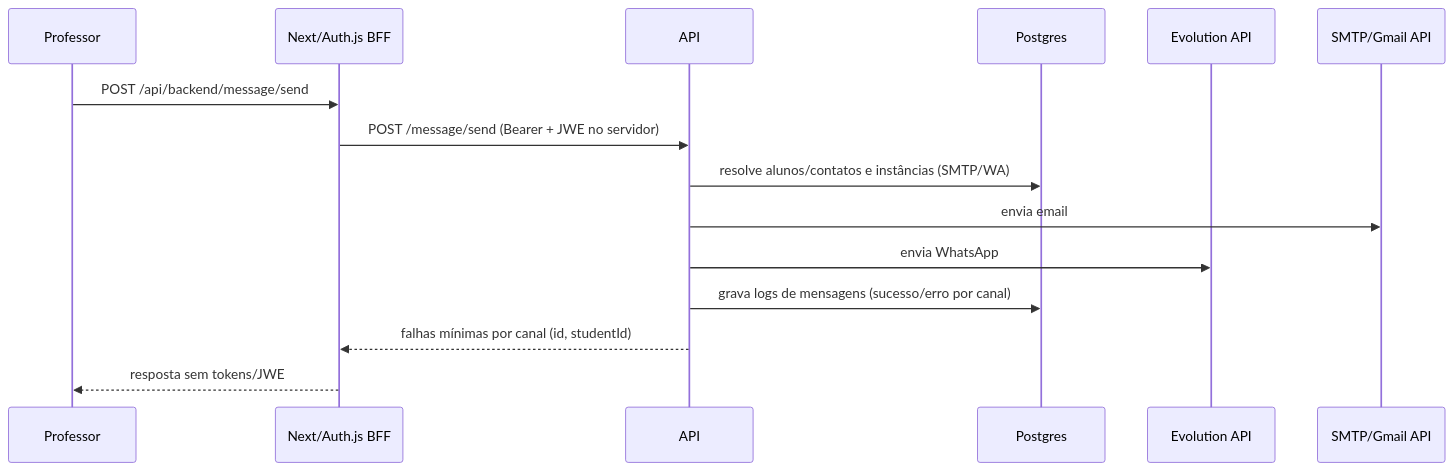
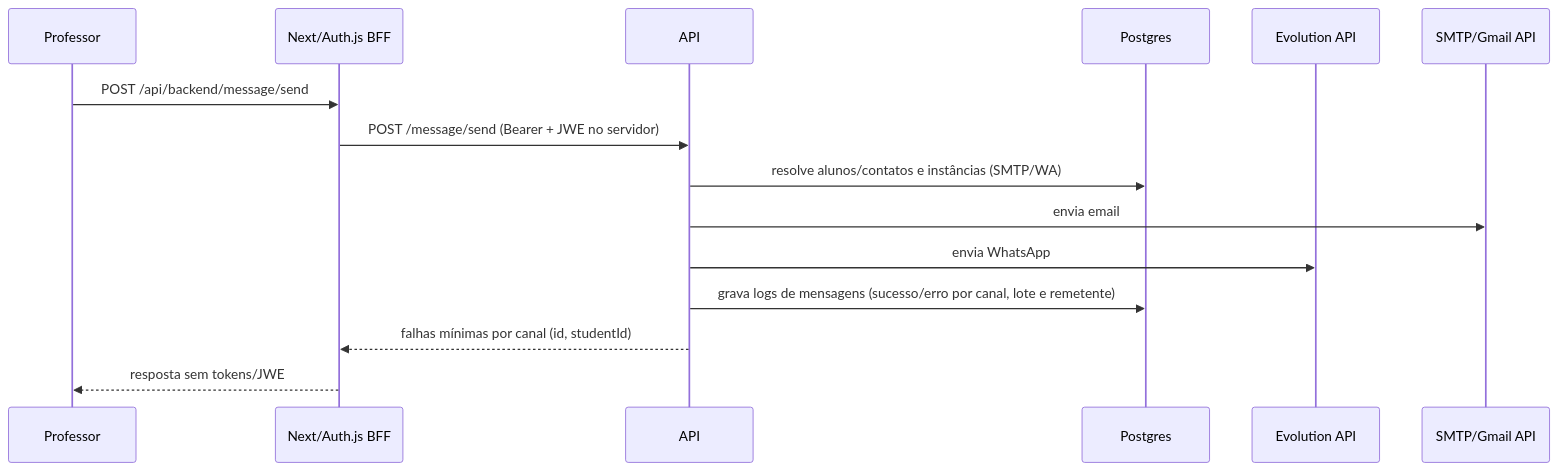
One commit to ThalysSilva/unicast-backend changed the third of 9 diagrams in README.md. Above: the diagram before and after it, drawn with Mermaid. The commit also changed other lines of this file, not shown here.

````diff
--- a/README.md
+++ b/README.md
@@ -289,18 +289,18 @@
 ```mermaid
 sequenceDiagram
     participant Professor
     participant BFF as Next/Auth.js BFF
     participant API
     participant DB as Postgres
     participant Evo as Evolution API
     participant Mail as SMTP/Gmail API
 
     Professor->>BFF: POST /api/backend/message/send
     BFF->>API: POST /message/send (Bearer + JWE no servidor)
     API->>DB: resolve alunos/contatos e instâncias (SMTP/WA)
     API->>Mail: envia email
     API->>Evo: envia WhatsApp
-    API->>DB: grava logs de mensagens (sucesso/erro por canal)
+    API->>DB: grava logs de mensagens (sucesso/erro por canal, lote e remetente)
     API-->>BFF: falhas mínimas por canal (id, studentId)
     BFF-->>Professor: resposta sem tokens/JWE
 ```
````
